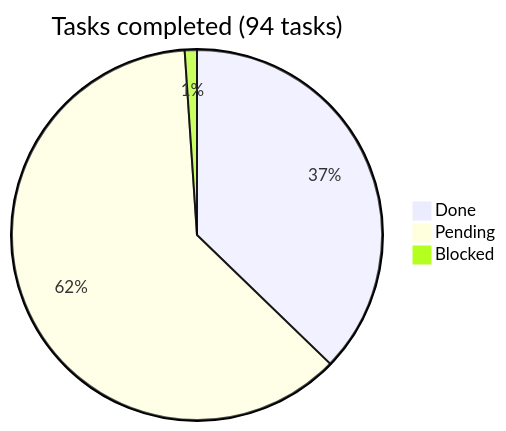
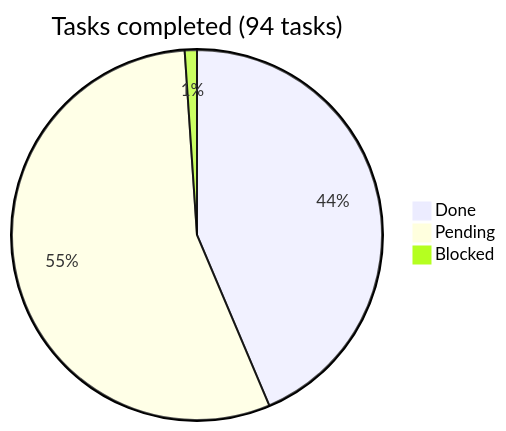
Before and after one commit to araguaney-lat/araguaney-app: the diagram in docs/roadmap/README.md, drawn with Mermaid. The commit also changed other lines of this file and 2 other files, not shown here.

Commit message:
docs: manual scanning plan and phase 04 roadmap update

````diff
--- a/docs/roadmap/README.md
+++ b/docs/roadmap/README.md
@@ -12,6 +12,6 @@
 ```mermaid
 pie title Tasks completed (94 tasks)
-    "Done" : 35
-    "Pending" : 58
+    "Done" : 41
+    "Pending" : 52
     "Blocked" : 1
 ```
````
